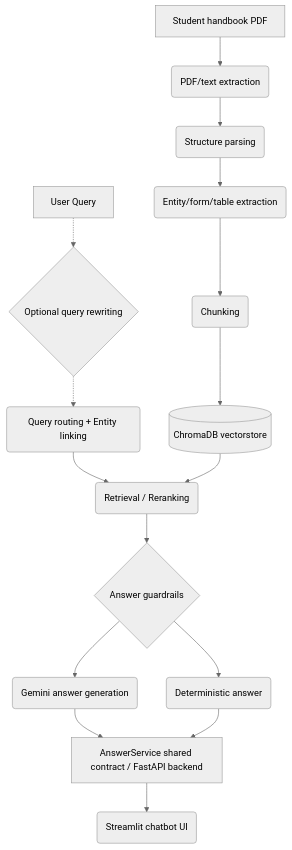
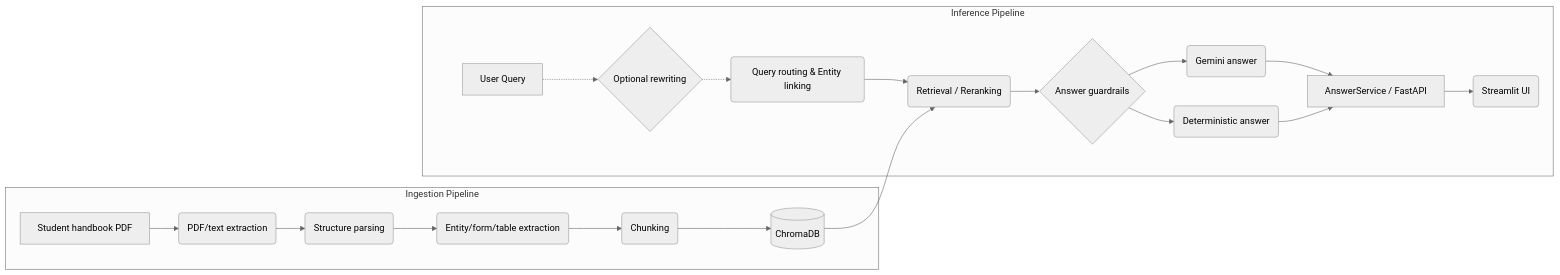
One commit to AnhPhiNe/student-handbook-rag-chatbot changed the diagram in README.md. Above: the diagram before and after it, drawn with Mermaid (neutral theme). The commit also changed other lines of this file, not shown here.

Commit message:
docs: improve README layout and architecture diagram

````diff
--- a/README.md
+++ b/README.md
@@ -43,19 +49,23 @@
 ```mermaid
-graph TD
-    A[Student handbook PDF] --> B(PDF/text extraction)
-    B --> C(Structure parsing)
-    C --> D(Entity/form/table extraction)
-    D --> E(Chunking)
-    E --> F[(ChromaDB vectorstore)]
+graph LR
+    subgraph Ingestion Pipeline
+        A[Student handbook PDF] --> B(PDF/text extraction)
+        B --> C(Structure parsing)
+        C --> D(Entity/form/table extraction)
+        D --> E(Chunking)
+        E --> F[(ChromaDB)]
+    end
     
-    Q[User Query] -.-> G{Optional query rewriting}
-    G -.-> H(Query routing + Entity linking)
-    H --> I(Retrieval / Reranking)
-    F --> I
-    I --> J{Answer guardrails}
-    J --> K(Gemini answer generation)
-    J --> L(Deterministic answer)
-    K --> M[AnswerService shared contract / FastAPI backend]
-    L --> M
-    M --> N(Streamlit chatbot UI)
+    subgraph Inference Pipeline
+        Q[User Query] -.-> G{Optional rewriting}
+        G -.-> H(Query routing & Entity linking)
+        H --> I(Retrieval / Reranking)
+        F --> I
+        I --> J{Answer guardrails}
+        J --> K(Gemini answer)
+        J --> L(Deterministic answer)
+        K --> M[AnswerService / FastAPI]
+        L --> M
+        M --> N(Streamlit UI)
+    end
 ```
````
